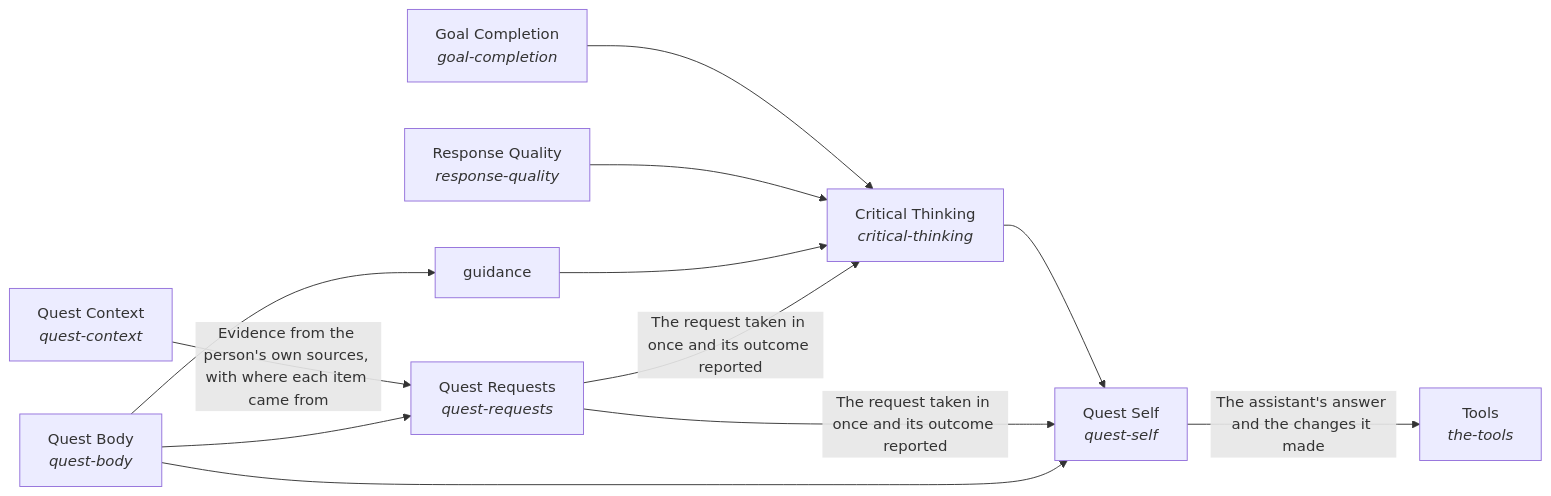
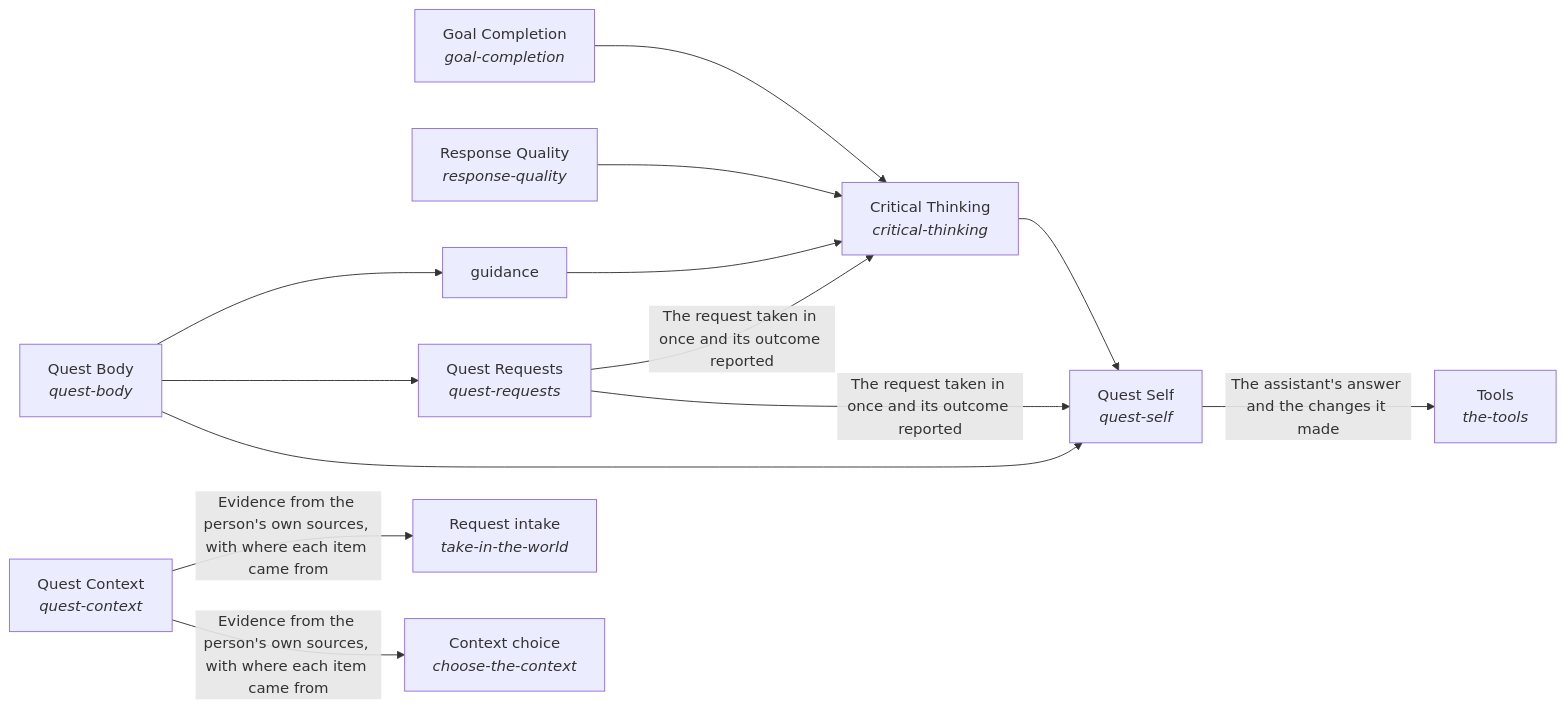
One commit to SpiritualData/quest-ai-runner changed the second of 2 diagrams in quest_ai_runner/README.md. Above: the diagram before and after it, drawn with Mermaid. The commit also changed other lines of this file and 109 other files, not shown here.

````diff
--- a/quest_ai_runner/README.md
+++ b/quest_ai_runner/README.md
@@ -164,23 +231,26 @@
 ```mermaid
 flowchart LR
     s0["Critical Thinking<br/><i>critical-thinking</i>"]
     s1["Goal Completion<br/><i>goal-completion</i>"]
     s2["Response Quality<br/><i>response-quality</i>"]
     s3["guidance"]
     s4["Tools<br/><i>the-tools</i>"]
     s5["Quest Context<br/><i>quest-context</i>"]
     s6["Quest Requests<br/><i>quest-requests</i>"]
     s7["Quest Self<br/><i>quest-self</i>"]
     s8["Quest Body<br/><i>quest-body</i>"]
+    s9["Request intake<br/><i>take-in-the-world</i>"]
+    s10["Context choice<br/><i>choose-the-context</i>"]
     s0 --> s7
     s1 --> s0
     s2 --> s0
     s3 --> s0
-    s5 -->|"Evidence from the person's own sources, with where each item came from"| s6
+    s5 -->|"Evidence from the person's own sources, with where each item came from"| s9
+    s5 -->|"Evidence from the person's own sources, with where each item came from"| s10
     s6 -->|"The request taken in once and its outcome reported"| s0
     s6 -->|"The request taken in once and its outcome reported"| s7
     s7 -->|"The assistant's answer and the changes it made"| s4
     s8 --> s3
     s8 --> s6
     s8 --> s7
 ```
````
